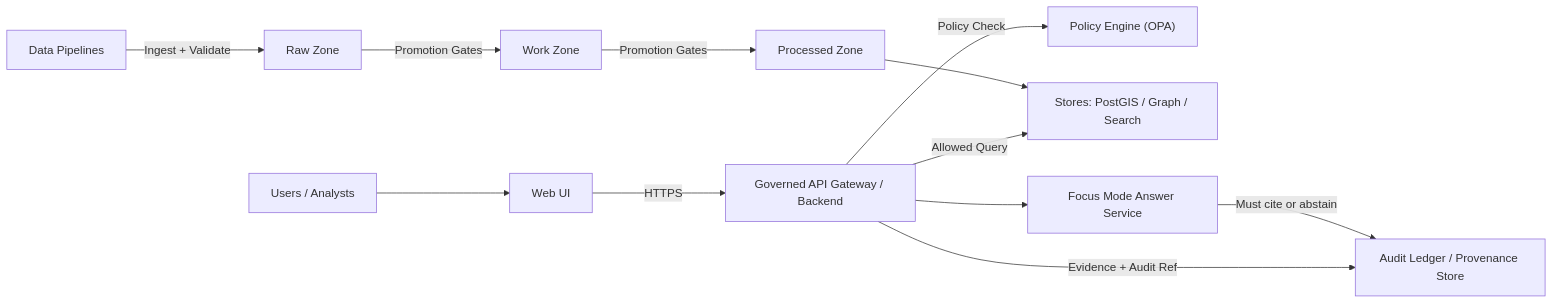
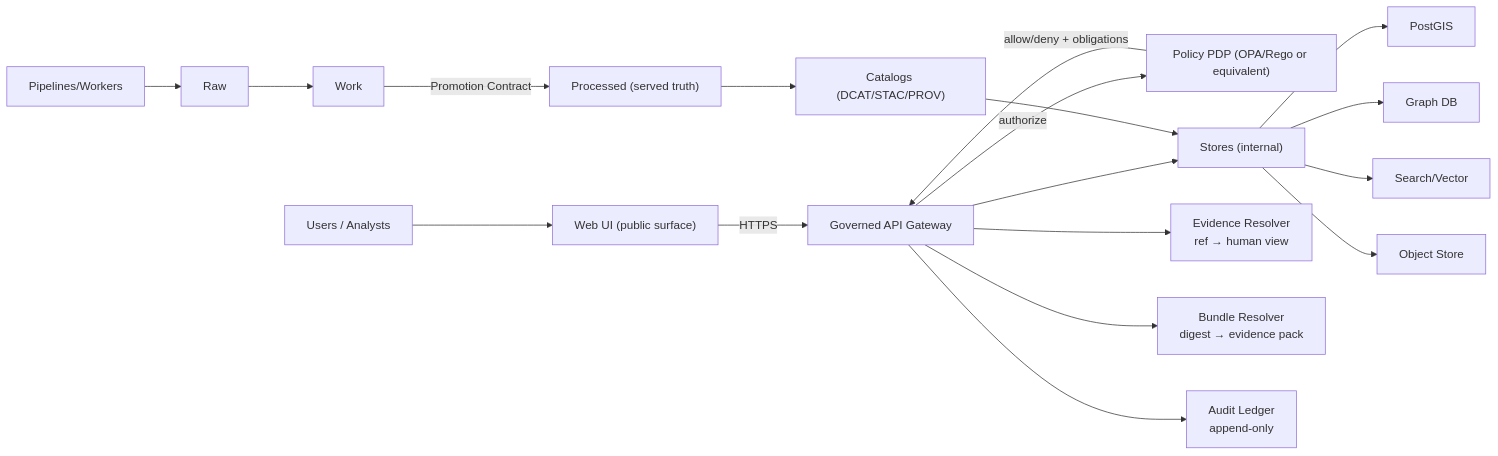
The first of 2 diagrams in infra/README.md (bartytime4life/Kansas-Frontier-Matrix), drawn with Mermaid before and after one commit. The commit also changed other lines of this file, not shown here.

````diff
--- a/infra/README.md
+++ b/infra/README.md
@@ -127,16 +149,23 @@
 ```mermaid
 flowchart LR
-  U["Users / Analysts"] --> UI["Web UI"]
-  UI -->|"HTTPS"| API["Governed API Gateway / Backend"]
-  API -->|"Policy Check"| OPA["Policy Engine (OPA)"]
-  API -->|"Allowed Query"| DB["Stores: PostGIS / Graph / Search"]
-  API -->|"Evidence + Audit Ref"| AUD["Audit Ledger / Provenance Store"]
+  U["Users / Analysts"] --> UI["Web UI (public surface)"]
+  UI -->|"HTTPS"| API["Governed API Gateway"]
+  API -->|"authorize"| PDP["Policy PDP (OPA/Rego or equivalent)"]
+  PDP -->|"allow/deny + obligations"| API
 
-  PIPE["Data Pipelines"] -->|"Ingest + Validate"| RAW["Raw Zone"]
-  RAW -->|"Promotion Gates"| WORK["Work Zone"]
-  WORK -->|"Promotion Gates"| PROC["Processed Zone"]
-  PROC --> DB
+  API --> STORES["Stores (internal)"]
+  STORES --> PG["PostGIS"]
+  STORES --> G["Graph DB"]
+  STORES --> S["Search/Vector"]
+  STORES --> OBJ["Object Store"]
 
-  API --> FM["Focus Mode Answer Service"]
-  FM -->|"Must cite or abstain"| AUD
+  API --> EV["Evidence Resolver<br/>ref → human view"]
+  API --> BND["Bundle Resolver<br/>digest → evidence pack"]
+  API --> AUD["Audit Ledger<br/>append-only"]
+
+  PIPE["Pipelines/Workers"] --> RAW["Raw"]
+  RAW --> WORK["Work"]
+  WORK -->|"Promotion Contract"| PROC["Processed (served truth)"]
+  PROC --> CAT["Catalogs (DCAT/STAC/PROV)"]
+  CAT --> STORES
 ```
````
